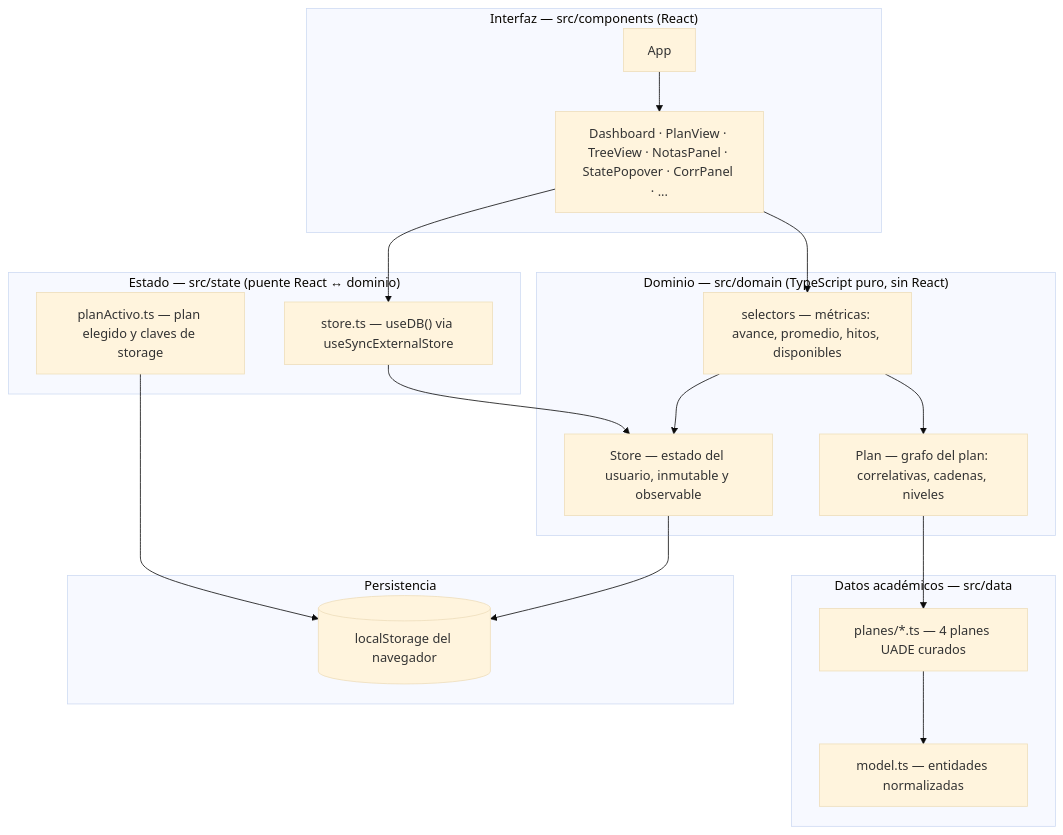
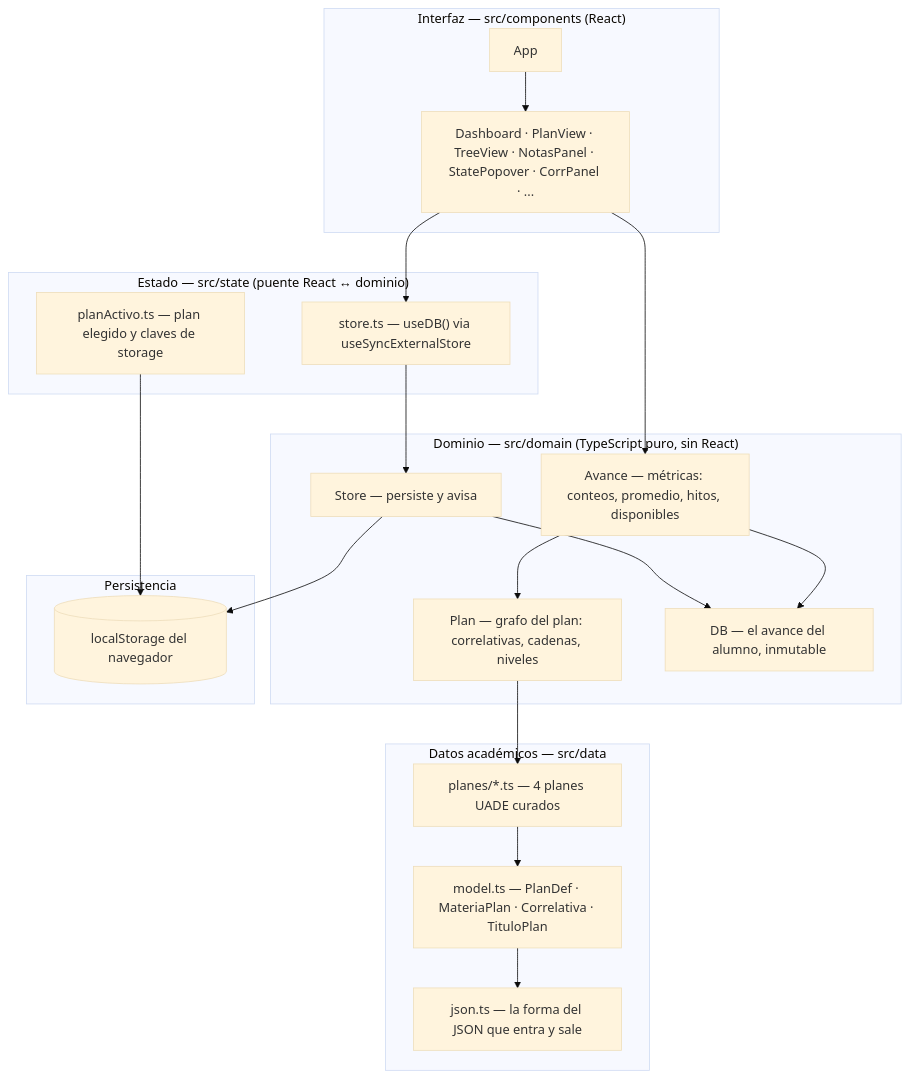
One commit to luzzaragoza/cuanto-me-falta changed the first of 4 diagrams in docs/04-arquitectura.md. Above: the diagram before and after it, drawn with Mermaid (base theme). The commit also changed other lines of this file and 68 other files, not shown here.

````diff
--- a/docs/04-arquitectura.md
+++ b/docs/04-arquitectura.md
@@ -26,34 +27,38 @@
 ```mermaid
 %% svg:capas
 flowchart TB
     subgraph UI["Interfaz — src/components (React)"]
         APP["App"]
         VIS["Dashboard · PlanView · TreeView · NotasPanel · StatePopover · CorrPanel · ..."]
     end
     subgraph PUENTE["Estado — src/state (puente React ↔ dominio)"]
         HOOK["store.ts — useDB() via useSyncExternalStore"]
         PLANACT["planActivo.ts — plan elegido y claves de storage"]
     end
     subgraph DOM["Dominio — src/domain (TypeScript puro, sin React)"]
         PLAN["Plan — grafo del plan: correlativas, cadenas, niveles"]
-        STORE["Store — estado del usuario, inmutable y observable"]
-        SEL["selectors — métricas: avance, promedio, hitos, disponibles"]
+        STORE["Store — persiste y avisa"]
+        DB["DB — el avance del alumno, inmutable"]
+        AV["Avance — métricas: conteos, promedio, hitos, disponibles"]
     end
     subgraph DATA["Datos académicos — src/data"]
-        MODEL["model.ts — entidades normalizadas"]
+        MODEL["model.ts — PlanDef · MateriaPlan · Correlativa · TituloPlan"]
+        JSONF["json.ts — la forma del JSON que entra y sale"]
         PLANES["planes/*.ts — 4 planes UADE curados"]
     end
     subgraph PERS["Persistencia"]
         LS[("localStorage del navegador")]
     end
     APP --> VIS
     VIS --> HOOK
     HOOK --> STORE
-    VIS --> SEL
-    SEL --> PLAN
-    SEL --> STORE
+    VIS --> AV
+    AV --> PLAN
+    AV --> DB
+    STORE --> DB
     PLAN --> PLANES
     PLANES --> MODEL
+    MODEL --> JSONF
     PLANACT --> LS
     STORE --> LS
 ```
````
